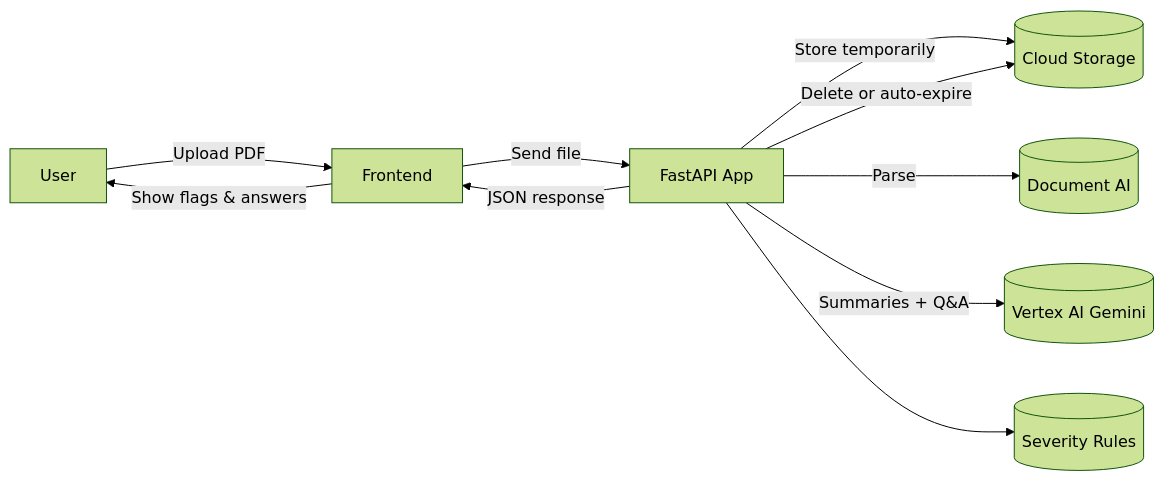
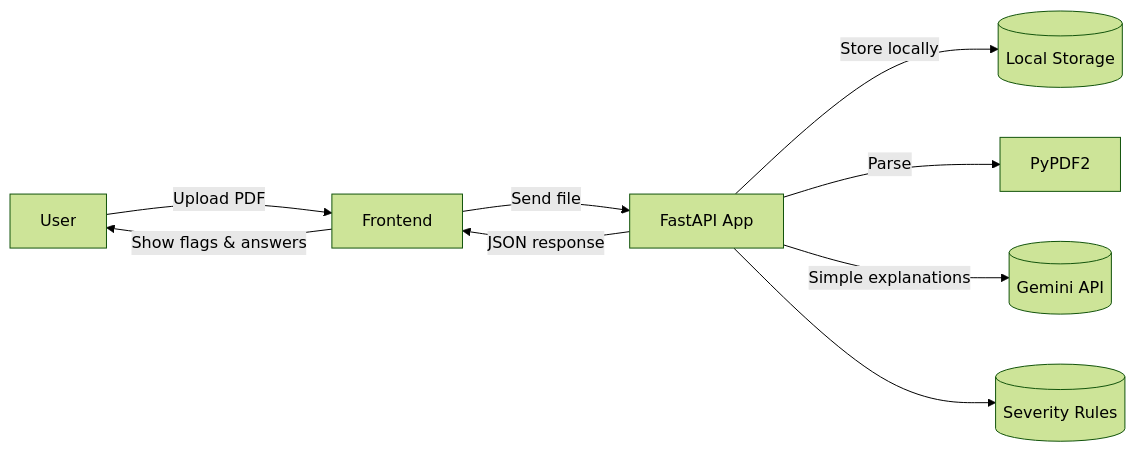
One commit to Yashaswini0110/PDD changed the diagram in README.md. Above: the diagram before and after it, drawn with Mermaid (forest theme). The commit also changed other lines of this file and 1 other file, not shown here.

````diff
--- a/README.md
+++ b/README.md
@@ -26,12 +26,11 @@
 ```mermaid
 flowchart LR
     User -->|Upload PDF| Frontend
     Frontend -->|Send file| Backend[FastAPI App]
-    Backend -->|Store temporarily| GCS[(Cloud Storage)]
-    Backend -->|Parse| DocAI[(Document AI)]
-    Backend -->|Summaries + Q&A| Gemini[(Vertex AI Gemini)]
+    Backend -->|Store locally| Storage[(Local Storage)]
+    Backend -->|Parse| PyPDF2[PyPDF2]
+    Backend -->|Simple explanations| Gemini[(Gemini API)]
     Backend --> SeverityEngine[(Severity Rules)]
     Backend -->|JSON response| Frontend
     Frontend -->|Show flags & answers| User
-    Backend -->|Delete or auto-expire| GCS
 ```
````
